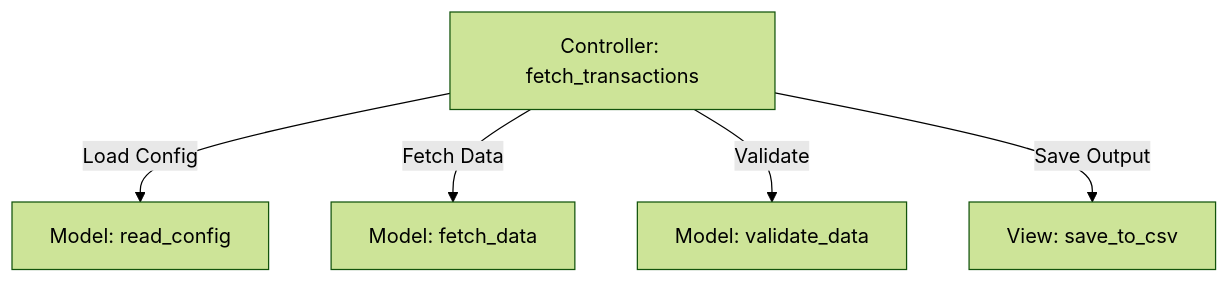
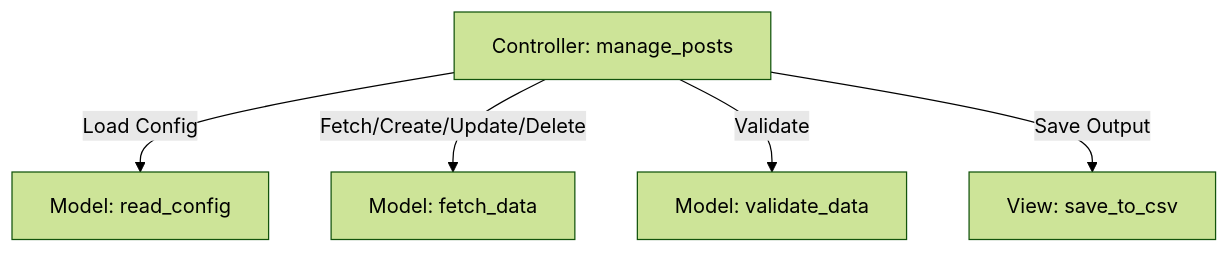
One commit to wahidyankf/hijra-eng-onboarding changed the second of 3 diagrams in apps-standalone/hijra-eng-onboarding/content/learn/de-onboarding-foundations/ch04-web-integration-and-apis/_index.md. Above: the diagram before and after it, drawn with Mermaid (forest theme). The commit also changed other lines of this file and 1 other file, not shown here.

````diff
--- a/apps-standalone/hijra-eng-onboarding/content/learn/de-onboarding-foundations/ch04-web-integration-and-apis/_index.md
+++ b/apps-standalone/hijra-eng-onboarding/content/learn/de-onboarding-foundations/ch04-web-integration-and-apis/_index.md
@@ -395,7 +472,7 @@
 ```mermaid
 flowchart TD
-    A[Controller: fetch_transactions] -->|Load Config| B[Model: read_config]
-    A -->|Fetch Data| C[Model: fetch_data]
+    A[Controller: manage_posts] -->|Load Config| B[Model: read_config]
+    A -->|Fetch/Create/Update/Delete| C[Model: fetch_data]
     A -->|Validate| D[Model: validate_data]
     A -->|Save Output| E[View: save_to_csv]
 ```
````
